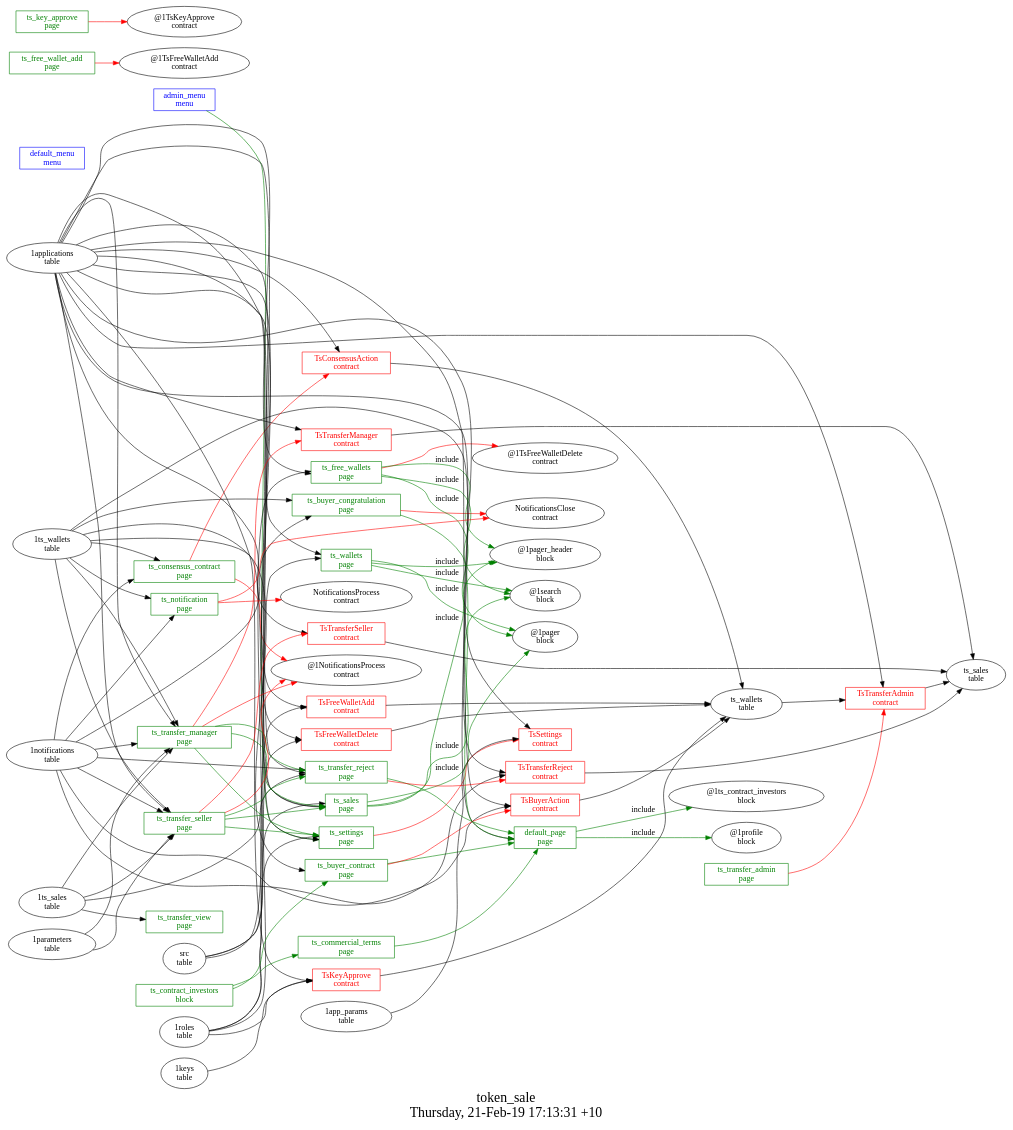
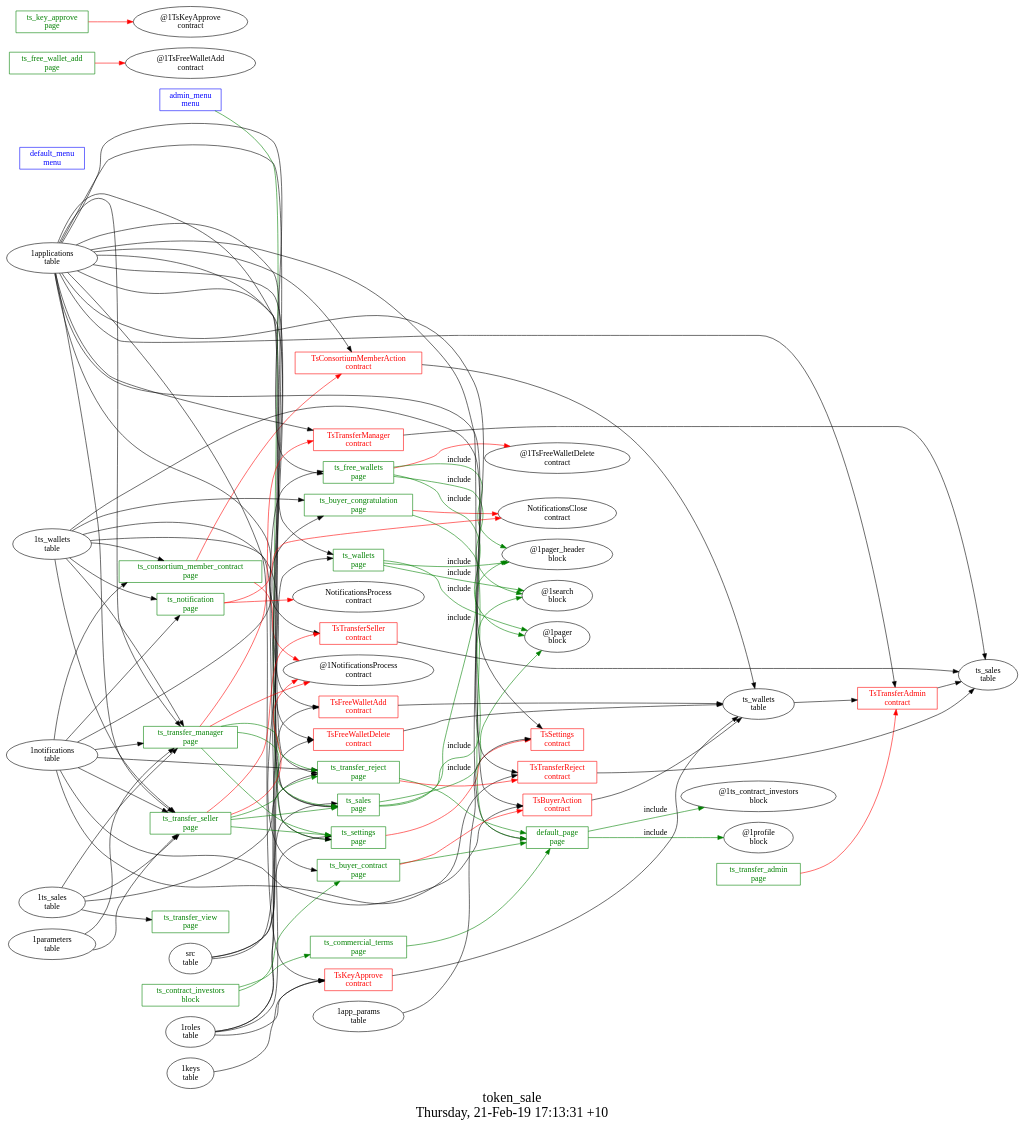
One commit to AplaProject/apps changed the diagram in ecosystem_apps/token_sale/struct.dot. Above: the diagram before and after it, drawn with Graphviz. The commit also changed 232 other files, not shown here.

```diff
--- a/ecosystem_apps/token_sale/struct.dot
+++ b/ecosystem_apps/token_sale/struct.dot
@@ -1,138 +1,138 @@
 digraph G {
 fontsize="24";
 label="token_sale\nThursday, 21-Feb-19 17:13:31 +10";
 nojustify=true;
 ordering=out;
 rankdir=LR;
 size="30";
 "admin_menu\nmenu" -> "ts_settings\npage"  [ color=green ]
 "admin_menu\nmenu" [color=blue, fontcolor=blue, group=menus, shape=record];
 "default_menu\nmenu" [color=blue, fontcolor=blue, group=menus, shape=record];
 "1ts_wallets\ntable" -> "default_page\npage"
 "default_page\npage" -> "@1ts_contract_investors\nblock"  [ color=green, label=include ]
 "default_page\npage" -> "@1profile\nblock"  [ color=green, label=include ]
 "default_page\npage" [color=green, fontcolor=green, group=pages, shape=record];
 "ts_buyer_congratulation\npage" -> "NotificationsClose\ncontract"  [ color=red ]
 "1ts_wallets\ntable" -> "ts_buyer_congratulation\npage"
 "1notifications\ntable" -> "ts_buyer_congratulation\npage"
 "ts_buyer_congratulation\npage" -> "default_page\npage"  [ color=green ]
 "ts_buyer_congratulation\npage" [color=green, fontcolor=green, group=pages, shape=record];
 "ts_buyer_contract\npage" -> "TsBuyerAction\ncontract"  [ color=red ]
 "1ts_wallets\ntable" -> "ts_buyer_contract\npage"
 "ts_buyer_contract\npage" -> "default_page\npage"  [ color=green ]
 "ts_buyer_contract\npage" [color=green, fontcolor=green, group=pages, shape=record];
 "ts_commercial_terms\npage" -> "default_page\npage"  [ color=green ]
 "ts_commercial_terms\npage" [color=green, fontcolor=green, group=pages, shape=record];
-"ts_consensus_contract\npage" -> "TsConsensusAction\ncontract"  [ color=red ]
-"ts_consensus_contract\npage" -> "@1NotificationsProcess\ncontract"  [ color=red ]
-"1notifications\ntable" -> "ts_consensus_contract\npage"
-"1ts_wallets\ntable" -> "ts_consensus_contract\npage"
-"ts_consensus_contract\npage" [color=green, fontcolor=green, group=pages, shape=record];
+"ts_consortium_member_contract\npage" -> "TsConsortiumMemberAction\ncontract"  [ color=red ]
+"ts_consortium_member_contract\npage" -> "@1NotificationsProcess\ncontract"  [ color=red ]
+"1notifications\ntable" -> "ts_consortium_member_contract\npage"
+"1ts_wallets\ntable" -> "ts_consortium_member_contract\npage"
+"ts_consortium_member_contract\npage" [color=green, fontcolor=green, group=pages, shape=record];
 "ts_free_wallet_add\npage" -> "@1TsFreeWalletAdd\ncontract"  [ color=red ]
 "ts_free_wallet_add\npage" [color=green, fontcolor=green, group=pages, shape=record];
 "ts_free_wallets\npage" -> "@1TsFreeWalletDelete\ncontract"  [ color=red ]
 "1applications\ntable" -> "ts_free_wallets\npage"
 "src\ntable" -> "ts_free_wallets\npage"
 "ts_free_wallets\npage" -> "@1pager_header\nblock"  [ color=green, label=include ]
 "ts_free_wallets\npage" -> "@1search\nblock"  [ color=green, label=include ]
 "ts_free_wallets\npage" -> "@1pager\nblock"  [ color=green, label=include ]
 "ts_free_wallets\npage" [color=green, fontcolor=green, group=pages, shape=record];
 "ts_key_approve\npage" -> "@1TsKeyApprove\ncontract"  [ color=red ]
 "ts_key_approve\npage" [color=green, fontcolor=green, group=pages, shape=record];
 "ts_notification\npage" -> "NotificationsClose\ncontract"  [ color=red ]
 "ts_notification\npage" -> "NotificationsProcess\ncontract"  [ color=red ]
 "1notifications\ntable" -> "ts_notification\npage"
 "1ts_wallets\ntable" -> "ts_notification\npage"
 "ts_notification\npage" [color=green, fontcolor=green, group=pages, shape=record];
 "1applications\ntable" -> "ts_sales\npage"
 "src\ntable" -> "ts_sales\npage"
 "1ts_wallets\ntable" -> "ts_sales\npage"
 "ts_sales\npage" -> "@1pager_header\nblock"  [ color=green, label=include ]
 "ts_sales\npage" -> "@1search\nblock"  [ color=green, label=include ]
 "ts_sales\npage" -> "@1pager\nblock"  [ color=green, label=include ]
 "ts_sales\npage" [color=green, fontcolor=green, group=pages, shape=record];
 "ts_settings\npage" -> "TsSettings\ncontract"  [ color=red ]
 "1applications\ntable" -> "ts_settings\npage"
 "1roles\ntable" -> "ts_settings\npage"
 "ts_settings\npage" [color=green, fontcolor=green, group=pages, shape=record];
 "ts_transfer_admin\npage" -> "TsTransferAdmin\ncontract"  [ color=red ]
 "ts_transfer_admin\npage" [color=green, fontcolor=green, group=pages, shape=record];
 "ts_transfer_manager\npage" -> "TsTransferManager\ncontract"  [ color=red ]
 "ts_transfer_manager\npage" -> "@1NotificationsProcess\ncontract"  [ color=red ]
 "1applications\ntable" -> "ts_transfer_manager\npage"
 "1notifications\ntable" -> "ts_transfer_manager\npage"
 "1ts_sales\ntable" -> "ts_transfer_manager\npage"
 "1ts_wallets\ntable" -> "ts_transfer_manager\npage"
 "1parameters\ntable" -> "ts_transfer_manager\npage"
 "ts_transfer_manager\npage" -> "ts_transfer_reject\npage"  [ color=green ]
 "ts_transfer_manager\npage" -> "ts_sales\npage"  [ color=green ]
 "ts_transfer_manager\npage" -> "ts_settings\npage"  [ color=green ]
 "ts_transfer_manager\npage" [color=green, fontcolor=green, group=pages, shape=record];
 "ts_transfer_reject\npage" -> "TsTransferReject\ncontract"  [ color=red ]
 "1applications\ntable" -> "ts_transfer_reject\npage"
 "1notifications\ntable" -> "ts_transfer_reject\npage"
 "1ts_sales\ntable" -> "ts_transfer_reject\npage"
 "ts_transfer_reject\npage" -> "default_page\npage"  [ color=green ]
 "ts_transfer_reject\npage" [color=green, fontcolor=green, group=pages, shape=record];
 "ts_transfer_seller\npage" -> "TsTransferSeller\ncontract"  [ color=red ]
 "ts_transfer_seller\npage" -> "@1NotificationsProcess\ncontract"  [ color=red ]
 "1applications\ntable" -> "ts_transfer_seller\npage"
 "1notifications\ntable" -> "ts_transfer_seller\npage"
 "1ts_sales\ntable" -> "ts_transfer_seller\npage"
 "1ts_wallets\ntable" -> "ts_transfer_seller\npage"
 "1parameters\ntable" -> "ts_transfer_seller\npage"
 "ts_transfer_seller\npage" -> "ts_transfer_reject\npage"  [ color=green ]
 "ts_transfer_seller\npage" -> "ts_sales\npage"  [ color=green ]
 "ts_transfer_seller\npage" -> "ts_settings\npage"  [ color=green ]
 "ts_transfer_seller\npage" [color=green, fontcolor=green, group=pages, shape=record];
 "1ts_sales\ntable" -> "ts_transfer_view\npage"
 "ts_transfer_view\npage" [color=green, fontcolor=green, group=pages, shape=record];
 "1applications\ntable" -> "ts_wallets\npage"
 "src\ntable" -> "ts_wallets\npage"
 "ts_wallets\npage" -> "@1pager_header\nblock"  [ color=green, label=include ]
 "ts_wallets\npage" -> "@1search\nblock"  [ color=green, label=include ]
 "ts_wallets\npage" -> "@1pager\nblock"  [ color=green, label=include ]
 "ts_wallets\npage" [color=green, fontcolor=green, group=pages, shape=record];
 "ts_contract_investors\nblock" -> "ts_commercial_terms\npage"  [ color=green ]
 "ts_contract_investors\nblock" -> "ts_buyer_contract\npage"  [ color=green ]
 "ts_contract_investors\nblock" [color=green, fontcolor=green, group=blocks, shape=record];
 "TsBuyerAction\ncontract" -> "ts_wallets\ntable"  [ color="" ]
 "1applications\ntable" -> "TsBuyerAction\ncontract"
 "1notifications\ntable" -> "TsBuyerAction\ncontract"
 "TsBuyerAction\ncontract" [color=red, fontcolor=red, group=contracts, shape=record];
-"TsConsensusAction\ncontract" -> "ts_wallets\ntable"  [ color="" ]
-"1applications\ntable" -> "TsConsensusAction\ncontract"
-"TsConsensusAction\ncontract" [color=red, fontcolor=red, group=contracts, shape=record];
+"TsConsortiumMemberAction\ncontract" -> "ts_wallets\ntable"  [ color="" ]
+"1applications\ntable" -> "TsConsortiumMemberAction\ncontract"
+"TsConsortiumMemberAction\ncontract" [color=red, fontcolor=red, group=contracts, shape=record];
 "TsFreeWalletAdd\ncontract" -> "ts_wallets\ntable"  [ color="" ]
 "1applications\ntable" -> "TsFreeWalletAdd\ncontract"
 "1roles\ntable" -> "TsFreeWalletAdd\ncontract"
 "TsFreeWalletAdd\ncontract" [color=red, fontcolor=red, group=contracts, shape=record];
 "TsFreeWalletDelete\ncontract" -> "ts_wallets\ntable"  [ color="" ]
 "1applications\ntable" -> "TsFreeWalletDelete\ncontract"
 "1roles\ntable" -> "TsFreeWalletDelete\ncontract"
 "TsFreeWalletDelete\ncontract" [color=red, fontcolor=red, group=contracts, shape=record];
 "TsKeyApprove\ncontract" -> "ts_wallets\ntable"  [ color="" ]
 "1applications\ntable" -> "TsKeyApprove\ncontract"
 "1keys\ntable" -> "TsKeyApprove\ncontract"
 "1roles\ntable" -> "TsKeyApprove\ncontract"
 "TsKeyApprove\ncontract" [color=red, fontcolor=red, group=contracts, shape=record];
 "1app_params\ntable" -> "TsSettings\ncontract"
 "1applications\ntable" -> "TsSettings\ncontract"
 "TsSettings\ncontract" [color=red, fontcolor=red, group=contracts, shape=record];
 "TsTransferAdmin\ncontract" -> "ts_sales\ntable"  [ color="" ]
 "1applications\ntable" -> "TsTransferAdmin\ncontract"
 "ts_wallets\ntable" -> "TsTransferAdmin\ncontract"
 "TsTransferAdmin\ncontract" [color=red, fontcolor=red, group=contracts, shape=record];
 "TsTransferManager\ncontract" -> "ts_sales\ntable"  [ color="" ]
 "1applications\ntable" -> "TsTransferManager\ncontract"
 "TsTransferManager\ncontract" [color=red, fontcolor=red, group=contracts, shape=record];
 "TsTransferReject\ncontract" -> "ts_sales\ntable"  [ color="" ]
 "1applications\ntable" -> "TsTransferReject\ncontract"
 "1notifications\ntable" -> "TsTransferReject\ncontract"
 "TsTransferReject\ncontract" [color=red, fontcolor=red, group=contracts, shape=record];
 "TsTransferSeller\ncontract" -> "ts_sales\ntable"  [ color="" ]
 "1applications\ntable" -> "TsTransferSeller\ncontract"
 "TsTransferSeller\ncontract" [color=red, fontcolor=red, group=contracts, shape=record];
 "ts_sales\ntable" [color="", fontcolor="", group=tables, shape=""];
 "ts_wallets\ntable" [color="", fontcolor="", group=tables, shape=""];
 }
```
